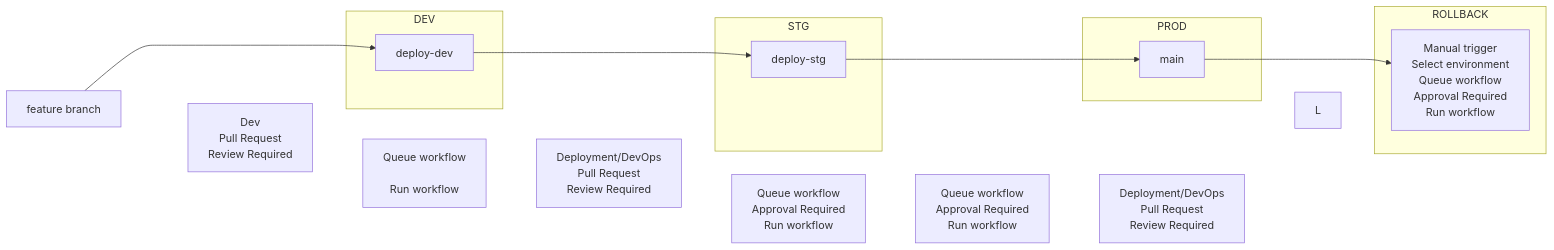
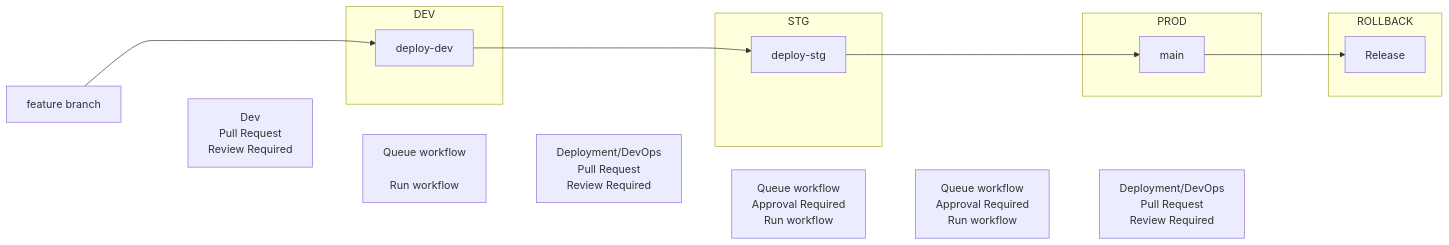
Before and after one commit to fritzramos-gf/Workflows: the diagram in Gates-Workflow.md, drawn with Mermaid.

````diff
--- a/Gates-Workflow.md
+++ b/Gates-Workflow.md
@@ -1,40 +1,40 @@
 ```mermaid
 flowchart LR
     A[feature branch] ----> B
     A ~~~ C["Dev\nPull Request\nReview Required"]
     C ~~~ B
     subgraph DEV
         B[deploy-dev]
     end
      C ~~~ G["Queue workflow
         \nRun workflow"]
 
     B ---> D
     G ~~~ H["Deployment/DevOps\nPull Request\nReview Required"]
     H ~~~ D
     subgraph STG
         D[deploy-stg]
     end
     D ---> E
     H ~~~ I["Queue workflow\nApproval Required\nRun workflow"]
     subgraph PROD
         E[main]
     end
     I ~~~ J["Queue workflow\nApproval Required\nRun workflow"]
     E ---> F
     J ~~~ K["Deployment/DevOps\nPull Request\nReview Required"] 
     subgraph ROLLBACK
         F[Release]
     end
-    L~~~ F["Manual trigger\nSelect environment\nQueue workflow\nApproval Required\nRun workflow"]
+    
     
 
 
 
 
 
 
 
 
 
 ```
````
